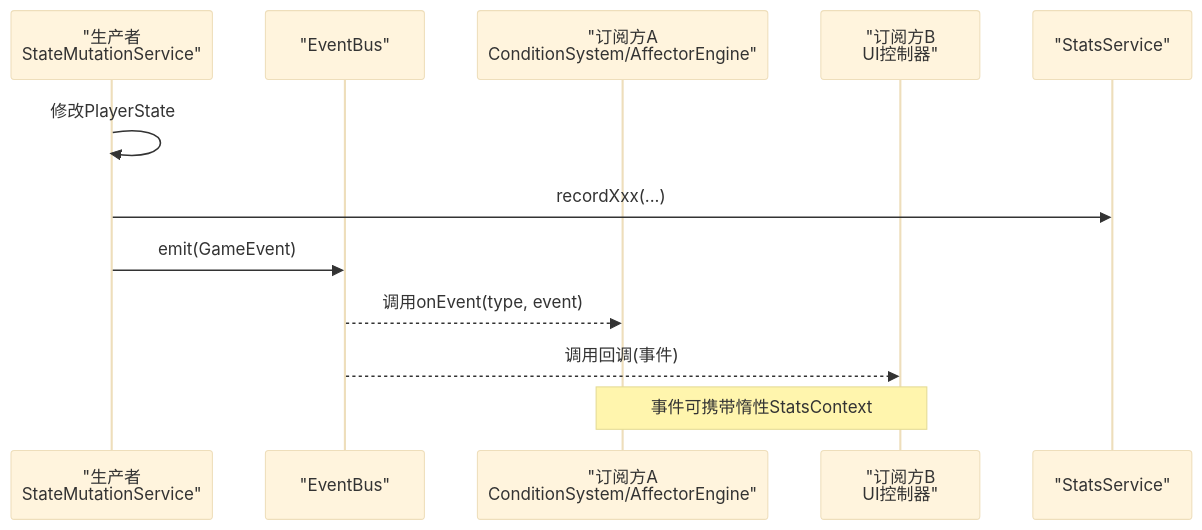
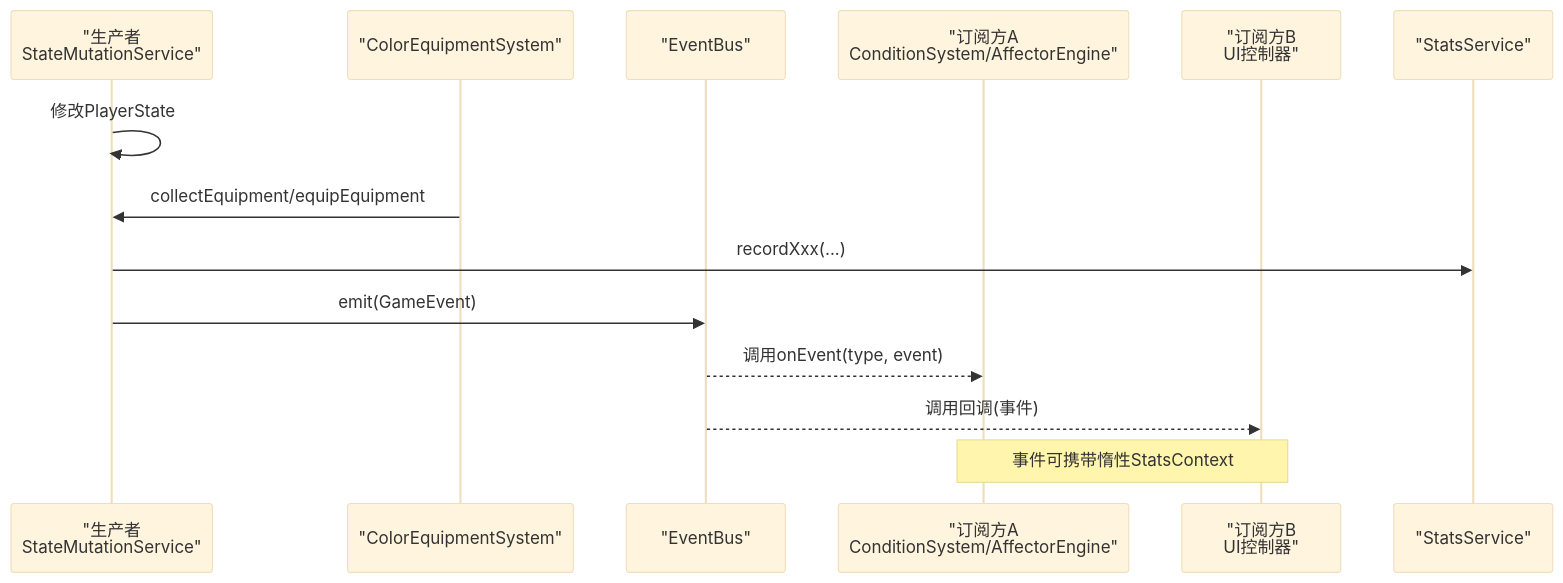
The second of 3 diagrams in .qoder/repowiki/zh/content/架构设计/组件通信机制.md (EsiLA9/Arona-Clicker), drawn with Mermaid (base theme) before and after one commit. The commit also changed other lines of this file and 76 other files, not shown here.

````diff
--- a/.qoder/repowiki/zh/content/架构设计/组件通信机制.md
+++ b/.qoder/repowiki/zh/content/架构设计/组件通信机制.md
@@ -115,14 +119,16 @@
 ```mermaid
 sequenceDiagram
 participant Prod as "生产者<br/>StateMutationService"
+participant Equip as "ColorEquipmentSystem"
 participant Bus as "EventBus"
 participant SubA as "订阅方A<br/>ConditionSystem/AffectorEngine"
 participant SubB as "订阅方B<br/>UI控制器"
 participant Stats as "StatsService"
 Prod->>Prod : 修改PlayerState
+Equip->>Prod : collectEquipment/equipEquipment
 Prod->>Stats : recordXxx(...)
 Prod->>Bus : emit(GameEvent)
 Bus-->>SubA : 调用onEvent(type, event)
 Bus-->>SubB : 调用回调(事件)
 Note over SubA,SubB : 事件可携带惰性StatsContext
 ```
````
